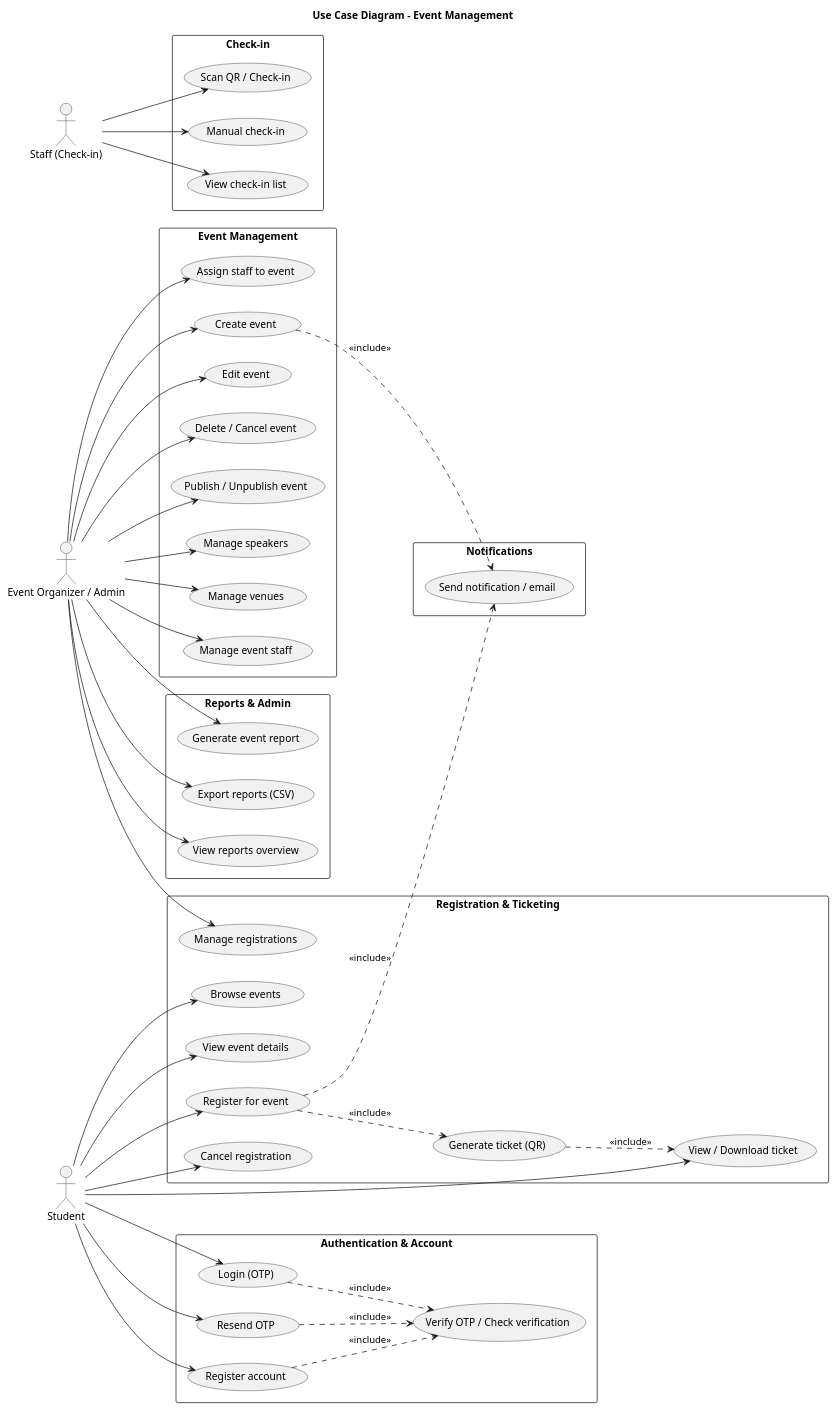
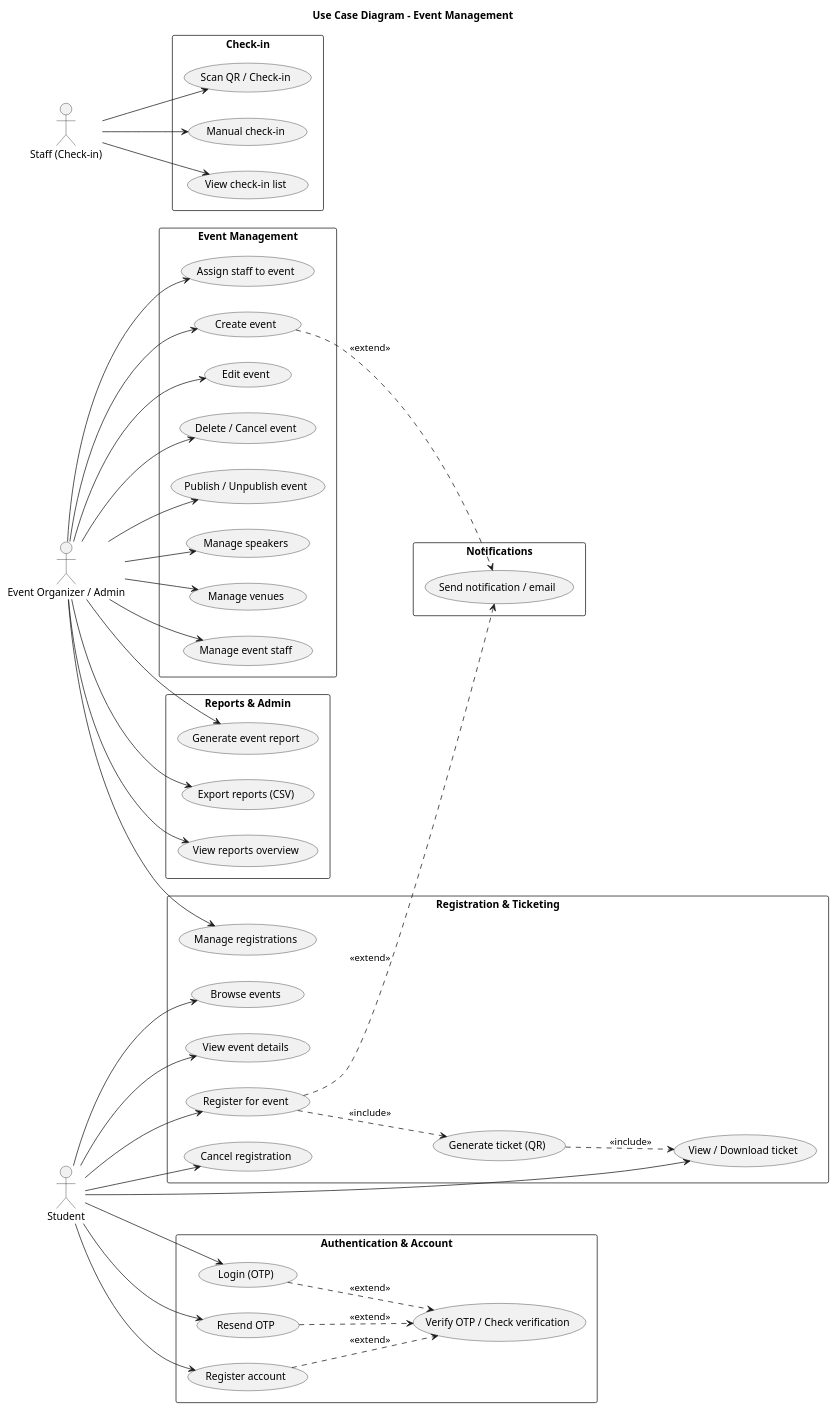
Before and after one commit to thaitranqq/Event_Management: the diagram in DOCUMENTATION/diagrams/usecases_generated.puml, drawn with PlantUML. The commit also changed 39 other files, not shown here.

```diff
--- a/DOCUMENTATION/diagrams/usecases_generated.puml
+++ b/DOCUMENTATION/diagrams/usecases_generated.puml
@@ -2,92 +2,92 @@
 @startuml
 left to right direction
 skinparam handwritten false
 title Use Case Diagram - Event Management
 
 actor "Student" as Student
 actor "Event Organizer / Admin" as Organizer
 actor "Staff (Check-in)" as Staff
 
 rectangle "Authentication & Account" {
   usecase "Register account" as UC_Register
   usecase "Login (OTP)" as UC_Login
   usecase "Resend OTP" as UC_ResendOTP
   usecase "Verify OTP / Check verification" as UC_VerifyOTP
-  UC_Register ..> UC_VerifyOTP : <<include>>
-  UC_Login ..> UC_VerifyOTP : <<include>>
+  UC_Register ..> UC_VerifyOTP : <<extend>>
+  UC_Login ..> UC_VerifyOTP : <<extend>>
 }
 
 rectangle "Event Management" {
   usecase "Create event" as UC_CreateEvent
   usecase "Edit event" as UC_EditEvent
   usecase "Delete / Cancel event" as UC_DeleteEvent
   usecase "Publish / Unpublish event" as UC_PublishEvent
   usecase "Manage speakers" as UC_ManageSpeakers
   usecase "Manage venues" as UC_ManageVenues
   usecase "Manage event staff" as UC_ManageStaff
   usecase "Assign staff to event" as UC_AssignStaff
 }
 
 rectangle "Registration & Ticketing" {
   usecase "Browse events" as UC_Browse
   usecase "View event details" as UC_ViewEvent
   usecase "Register for event" as UC_EventRegister
   usecase "Generate ticket (QR)" as UC_GenerateTicket
   usecase "View / Download ticket" as UC_ViewTicket
   usecase "Cancel registration" as UC_CancelRegistration
   usecase "Manage registrations" as UC_ManageRegistrations
   UC_EventRegister ..> UC_GenerateTicket : <<include>>
   UC_GenerateTicket ..> UC_ViewTicket : <<include>>
 }
 
 rectangle "Check-in" {
   usecase "Scan QR / Check-in" as UC_CheckinQR
   usecase "Manual check-in" as UC_CheckinManual
   usecase "View check-in list" as UC_ViewCheckins
 }
 
 rectangle "Reports & Admin" {
   usecase "View reports overview" as UC_ReportsOverview
   usecase "Generate event report" as UC_GenerateEventReport
   usecase "Export reports (CSV)" as UC_ExportReports
 }
 
 rectangle "Notifications" {
   usecase "Send notification / email" as UC_SendNotification
 }
 
 ' Actors -> Use Cases
 Student --> UC_Register
 Student --> UC_Login
 Student --> UC_ResendOTP
 Student --> UC_Browse
 Student --> UC_ViewEvent
 Student --> UC_EventRegister
 Student --> UC_ViewTicket
 Student --> UC_CancelRegistration
 
 Organizer --> UC_CreateEvent
 Organizer --> UC_EditEvent
 Organizer --> UC_DeleteEvent
 Organizer --> UC_PublishEvent
 Organizer --> UC_ManageSpeakers
 Organizer --> UC_ManageVenues
 Organizer --> UC_ManageStaff
 Organizer --> UC_AssignStaff
 Organizer --> UC_ManageRegistrations
 Organizer --> UC_ReportsOverview
 Organizer --> UC_ExportReports
 Organizer --> UC_GenerateEventReport
 
 Staff --> UC_CheckinQR
 Staff --> UC_CheckinManual
 Staff --> UC_ViewCheckins
 
 ' Include / Extend relationships for clarity
-UC_ResendOTP ..> UC_VerifyOTP : <<include>>
-UC_EventRegister ..> UC_SendNotification : <<include>>
-UC_CreateEvent ..> UC_SendNotification : <<include>>
+UC_ResendOTP ..> UC_VerifyOTP : <<extend>>
+UC_EventRegister ..> UC_SendNotification : <<extend>>
+UC_CreateEvent ..> UC_SendNotification : <<extend>>
 
  ' notes removed per request
 
 @enduml
```
